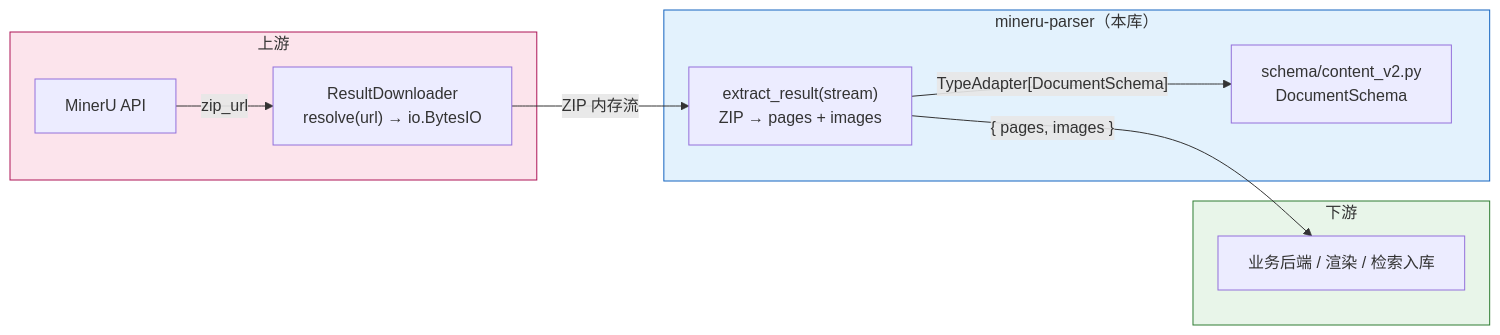
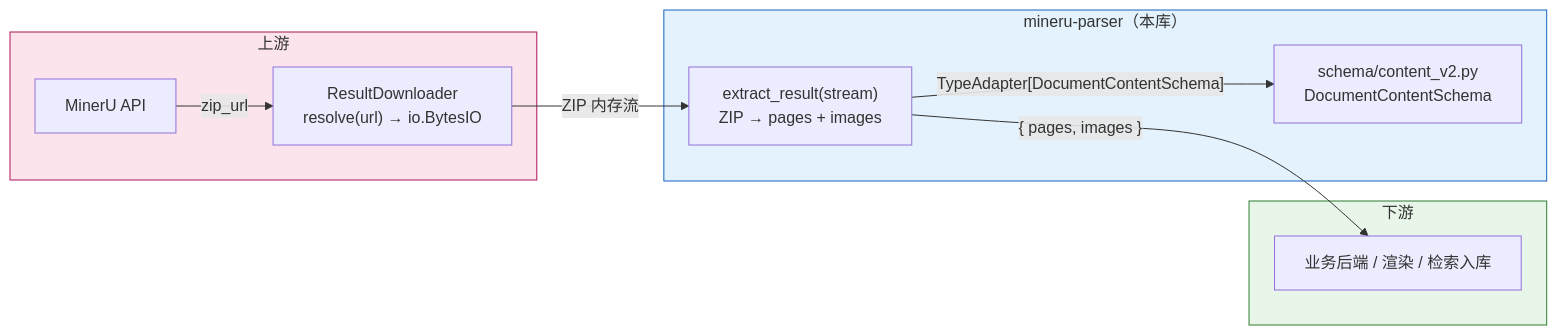
Before and after one commit to dream-365/mineru-parser: the first of 2 diagrams in docs/specs/SPEC-003-result-extractor.md, drawn with Mermaid. The commit also changed other lines of this file and 1 other file, not shown here.

First line of the commit message:
refactor: DocumentSchema 重命名为 DocumentContentSchema

````diff
--- a/docs/specs/SPEC-003-result-extractor.md
+++ b/docs/specs/SPEC-003-result-extractor.md
@@ -29,25 +29,25 @@
 ```mermaid
 flowchart LR
     subgraph UPSTREAM["上游"]
         API["MinerU API"]
         DL["ResultDownloader<br/>resolve(url) → io.BytesIO"]
     end
 
     subgraph LIB["mineru-parser（本库）"]
         EX["extract_result(stream)<br/>ZIP → pages + images"]
-        SCHEMA["schema/content_v2.py<br/>DocumentSchema"]
+        SCHEMA["schema/content_v2.py<br/>DocumentContentSchema"]
     end
 
     subgraph DOWNSTREAM["下游"]
         BIZ["业务后端 / 渲染 / 检索入库"]
     end
 
     API -- "zip_url" --> DL
     DL -- "ZIP 内存流" --> EX
-    EX -- "TypeAdapter[DocumentSchema]" --> SCHEMA
+    EX -- "TypeAdapter[DocumentContentSchema]" --> SCHEMA
     EX -- "{ pages, images }" --> BIZ
 
     style UPSTREAM fill:#fce4ec,stroke:#ad1457,stroke-width:1px
     style LIB fill:#e3f2fd,stroke:#1565c0,stroke-width:1px
     style DOWNSTREAM fill:#e8f5e9,stroke:#2e7d32,stroke-width:1px
 ```
````
